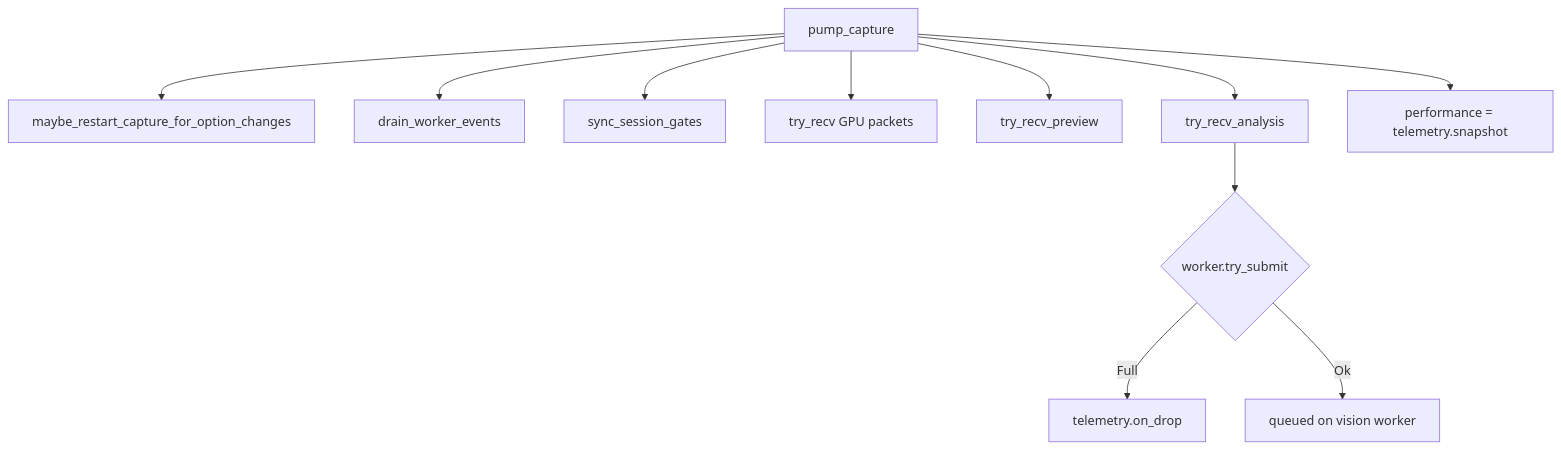
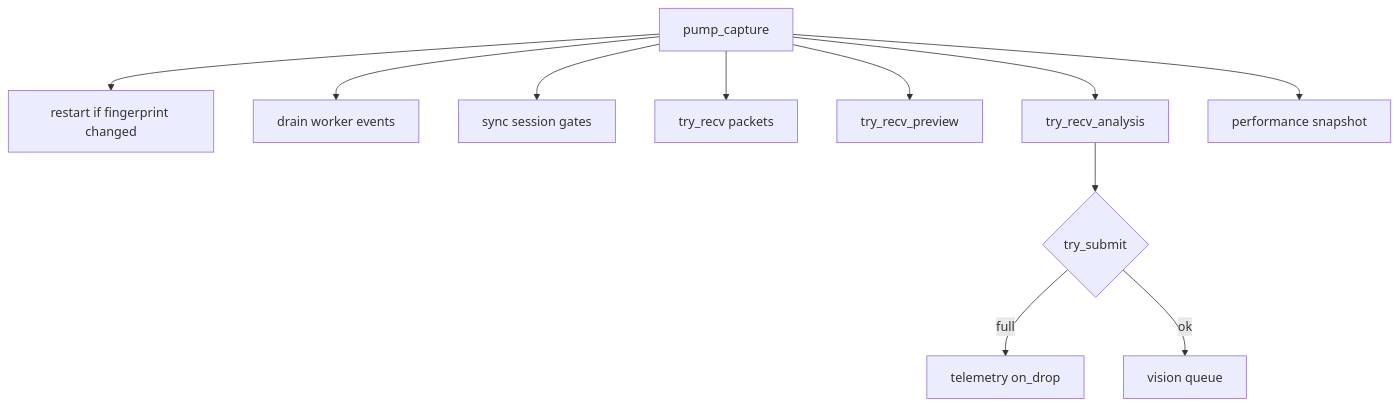
Before and after one commit to NAMUORI00/display-share: the fourth of 8 diagrams in 파이프라인.md, drawn with Mermaid. The commit also changed other lines of this file and 25 other files, not shown here.

First line of the commit message:
docs(wiki): complete pages for current privacy/DXGI architecture

````diff
--- a/파이프라인.md
+++ b/파이프라인.md
@@ -93,13 +86,13 @@
 ```mermaid
 flowchart TB
-  P["pump_capture"] --> R["maybe_restart_capture_for_option_changes"]
-  P --> D["drain_worker_events"]
-  P --> G["sync_session_gates"]
-  P --> PK["try_recv GPU packets"]
-  P --> PV["try_recv_preview"]
-  P --> AN["try_recv_analysis"]
-  AN --> SUB{"worker.try_submit"}
-  SUB -->|Full| DROP["telemetry.on_drop"]
-  SUB -->|Ok| OK["queued on vision worker"]
-  P --> TEL["performance = telemetry.snapshot"]
+  P[pump_capture] --> R[restart if fingerprint changed]
+  P --> D[drain worker events]
+  P --> G[sync session gates]
+  P --> PK[try_recv packets]
+  P --> PV[try_recv_preview]
+  P --> AN[try_recv_analysis]
+  AN --> SUB{try_submit}
+  SUB -->|full| DROP[telemetry on_drop]
+  SUB -->|ok| Q[vision queue]
+  P --> TEL[performance snapshot]
 ```
````
